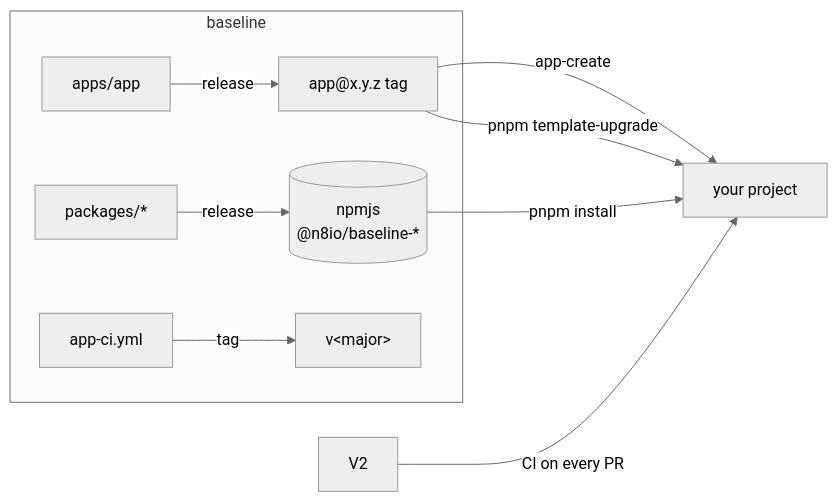
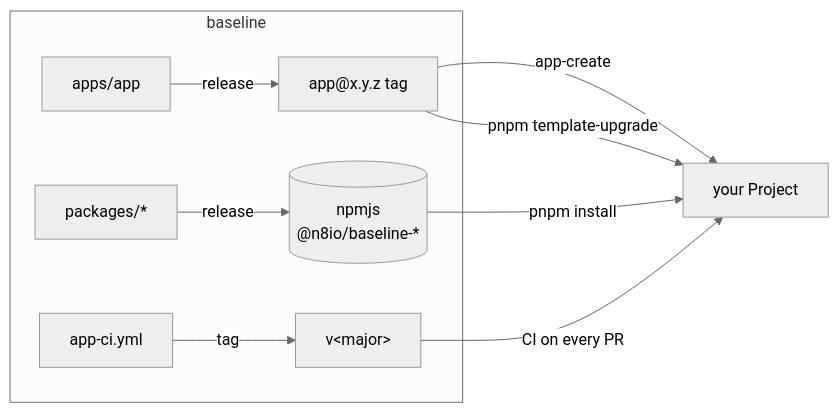
Before and after one commit to n8io/baseline: the diagram in README.md, drawn with Mermaid (neutral theme). The commit also changed other lines of this file and 4 other files, not shown here.

````diff
--- a/README.md
+++ b/README.md
@@ -11,12 +125,12 @@
 ```mermaid
 flowchart LR
   subgraph baseline
     P["packages/*"] -->|release| GP[("npmjs<br/>@n8io/baseline-*")]
     T["apps/app"] -->|release| R["app@x.y.z tag"]
     W["app-ci.yml"] -->|tag| V["v&lt;major&gt;"]
   end
-  R -->|app-create| Y["your project"]
+  R -->|app-create| Y["your Project"]
   R -->|pnpm template-upgrade| Y
   GP -->|pnpm install| Y
-  V2 -->|CI on every PR| Y
+  V -->|CI on every PR| Y
 ```
````
